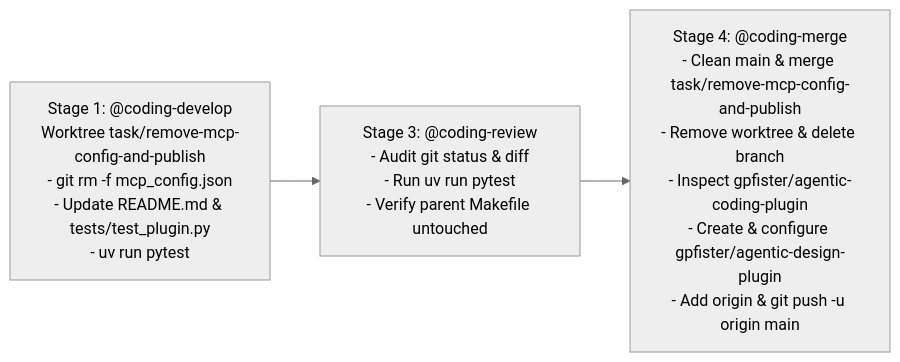
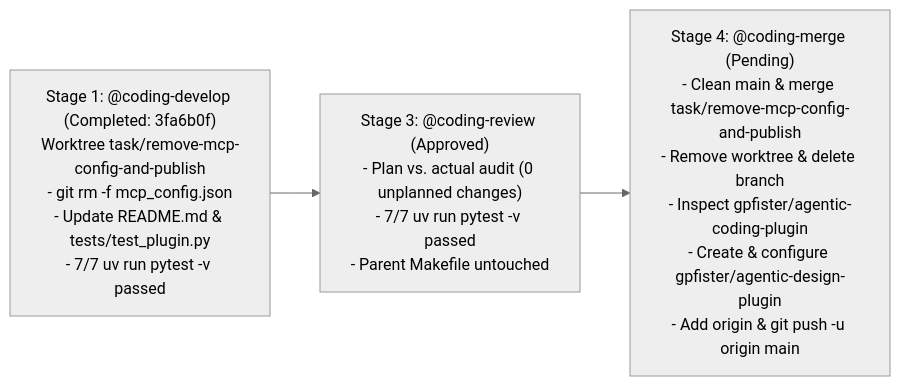
Before and after one commit to gpfister/agentic-obsidian: the diagram in architecture/remove-mcp-config-and-publish.md, drawn with Mermaid (neutral theme). The commit also changed other lines of this file and 2 other files, not shown here.

Commit message:
docs(remove-mcp-config-and-publish): pre-merge review & ready-to-merge tidy-up

````diff
--- a/architecture/remove-mcp-config-and-publish.md
+++ b/architecture/remove-mcp-config-and-publish.md
@@ -41,5 +44,5 @@
 ```mermaid
 flowchart LR
-    D["Stage 1: @coding-develop\nWorktree task/remove-mcp-config-and-publish\n- git rm -f mcp_config.json\n- Update README.md & tests/test_plugin.py\n- uv run pytest"] --> R["Stage 3: @coding-review\n- Audit git status & diff\n- Run uv run pytest\n- Verify parent Makefile untouched"]
-    R --> M["Stage 4: @coding-merge\n- Clean main & merge task/remove-mcp-config-and-publish\n- Remove worktree & delete branch\n- Inspect gpfister/agentic-coding-plugin\n- Create & configure gpfister/agentic-design-plugin\n- Add origin & git push -u origin main"]
+    D["Stage 1: @coding-develop (Completed: 3fa6b0f)\nWorktree task/remove-mcp-config-and-publish\n- git rm -f mcp_config.json\n- Update README.md & tests/test_plugin.py\n- 7/7 uv run pytest -v passed"] --> R["Stage 3: @coding-review (Approved)\n- Plan vs. actual audit (0 unplanned changes)\n- 7/7 uv run pytest -v passed\n- Parent Makefile untouched"]
+    R --> M["Stage 4: @coding-merge (Pending)\n- Clean main & merge task/remove-mcp-config-and-publish\n- Remove worktree & delete branch\n- Inspect gpfister/agentic-coding-plugin\n- Create & configure gpfister/agentic-design-plugin\n- Add origin & git push -u origin main"]
 ```
````
